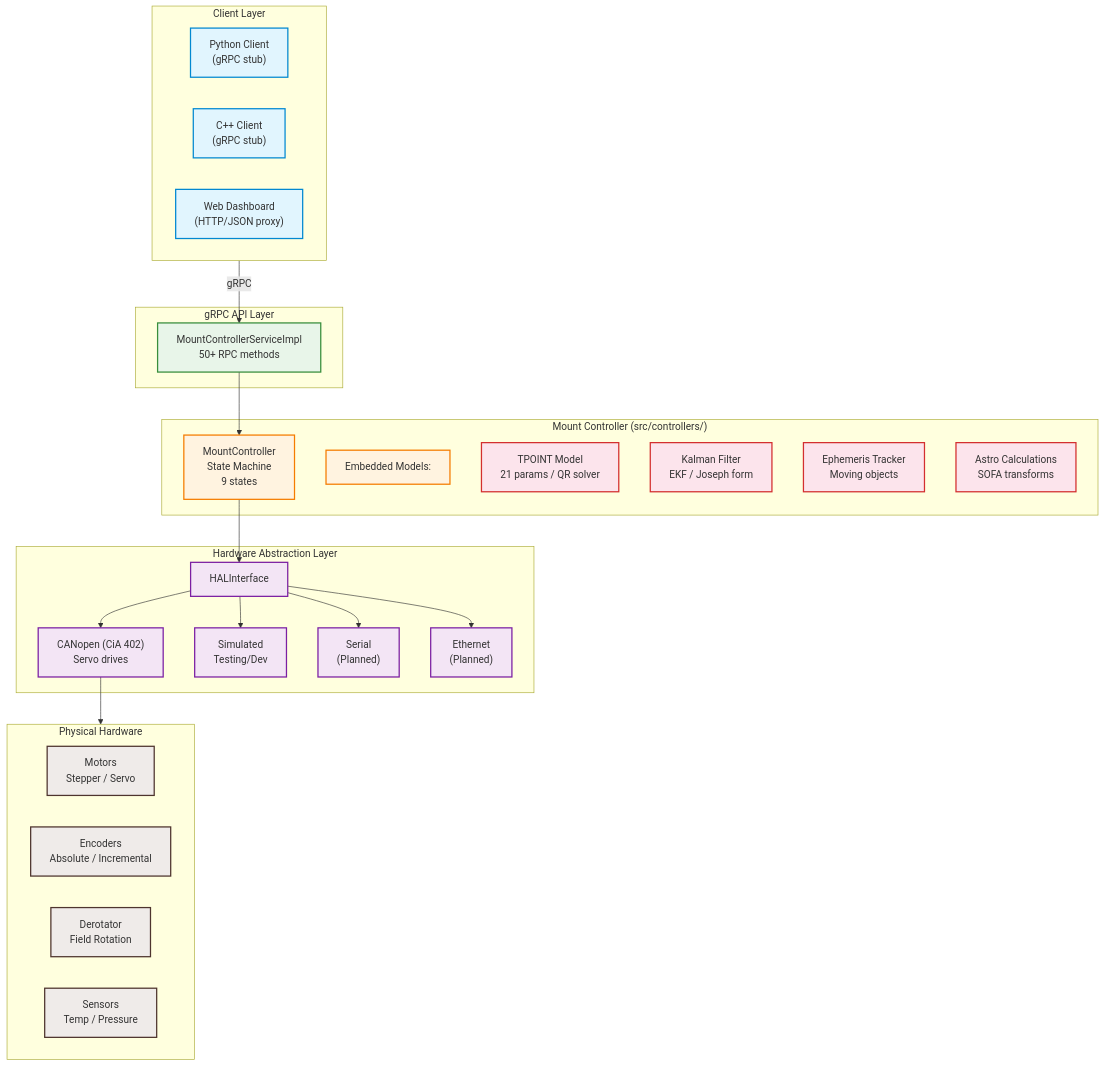
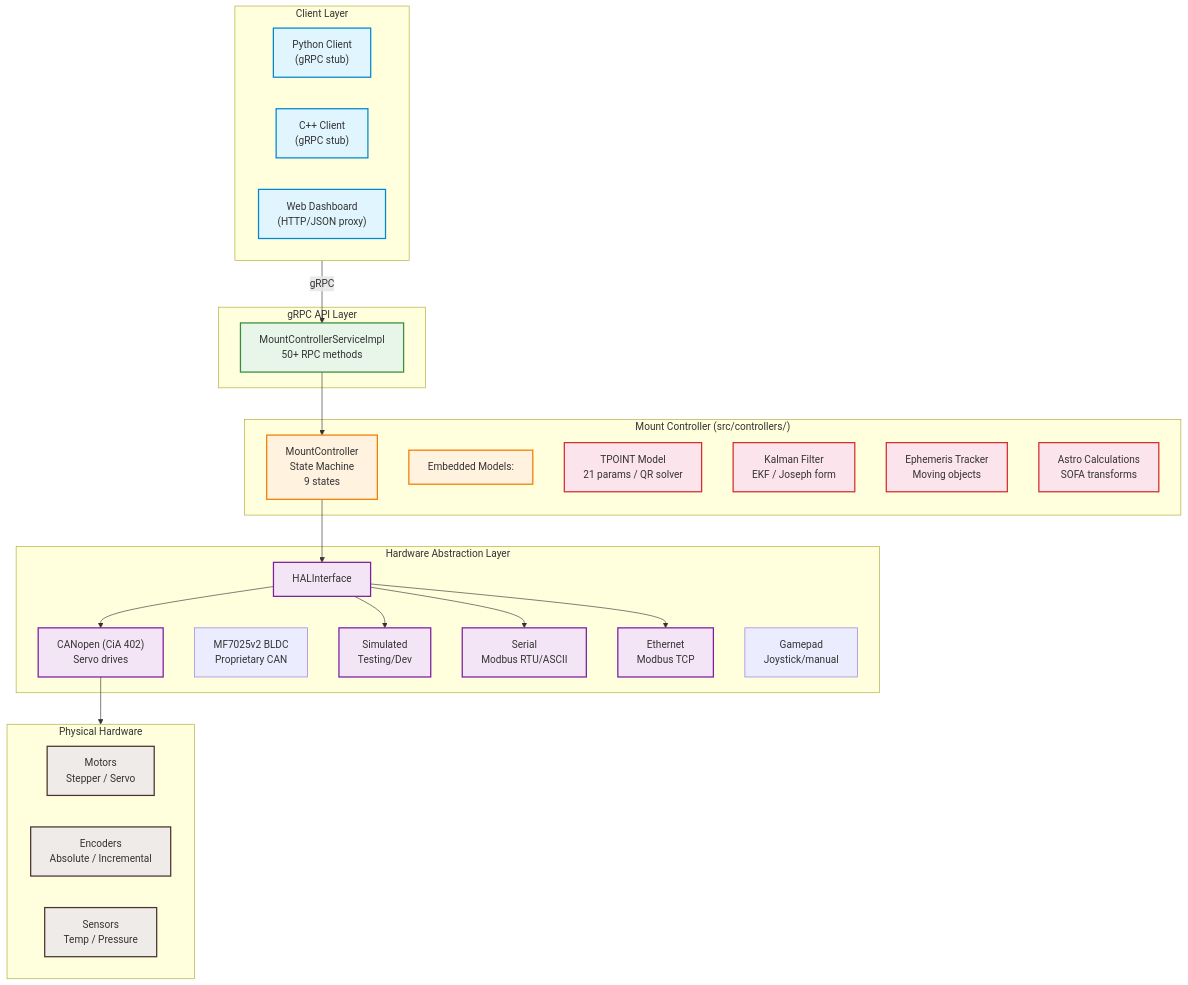
The diagram in README.md (pielaszkiewicz-jacek/astro_mount_control), drawn with Mermaid before and after one commit. The commit also changed other lines of this file and 94 other files, not shown here.

````diff
--- a/README.md
+++ b/README.md
@@ -131,60 +138,61 @@
 ```mermaid
 flowchart TB
     %% Styles
     classDef client fill:#e1f5fe,stroke:#0288d1,stroke-width:2px
     classDef api fill:#e8f5e9,stroke:#388e3c,stroke-width:2px
     classDef core fill:#fff3e0,stroke:#f57c00,stroke-width:2px
     classDef model fill:#fce4ec,stroke:#d32f2f,stroke-width:2px
     classDef hal fill:#f3e5f5,stroke:#7b1fa2,stroke-width:2px
     classDef hw fill:#efebe9,stroke:#4e342e,stroke-width:2px
 
     subgraph CLIENTS["Client Layer"]
         PY["Python Client<br/>(gRPC stub)"]
         CPP["C++ Client<br/>(gRPC stub)"]
         WEB["Web Dashboard<br/>(HTTP/JSON proxy)"]
     end
 
     subgraph API["gRPC API Layer"]
         GRPC["MountControllerServiceImpl<br/>50+ RPC methods"]
     end
 
     subgraph CORE["Mount Controller (src/controllers/)"]
         MC["MountController<br/>State Machine<br/>9 states"]
         MODELS["Embedded Models:"]
         TPOINT["TPOINT Model<br/>21 params / QR solver"]
         KF["Kalman Filter<br/>EKF / Joseph form"]
         EPHEM["Ephemeris Tracker<br/>Moving objects"]
         ASTRO["Astro Calculations<br/>SOFA transforms"]
     end
 
     subgraph HAL["Hardware Abstraction Layer"]
         HAL_IF["HALInterface"]
         CAN_IMPL["CANopen (CiA 402)<br/>Servo drives"]
+        MF_IMPL["MF7025v2 BLDC<br/>Proprietary CAN"]
         SIM_IMPL["Simulated<br/>Testing/Dev"]
-        SERIAL_IMPL["Serial<br/>(Planned)"]
-        ETH_IMPL["Ethernet<br/>(Planned)"]
+        SERIAL_IMPL["Serial<br/>Modbus RTU/ASCII"]
+        ETH_IMPL["Ethernet<br/>Modbus TCP"]
+        GAMEPAD["Gamepad<br/>Joystick/manual"]
     end
 
     subgraph HW["Physical Hardware"]
         MOT["Motors<br/>Stepper / Servo"]
         ENC["Encoders<br/>Absolute / Incremental"]
-        DEROT["Derotator<br/>Field Rotation"]
         SENS["Sensors<br/>Temp / Pressure"]
     end
 
     CLIENTS -->|gRPC| GRPC
     GRPC --> MC
     MC --> HAL_IF
     HAL_IF --> CAN_IMPL
     HAL_IF --> SIM_IMPL
     HAL_IF --> SERIAL_IMPL
     HAL_IF --> ETH_IMPL
     CAN_IMPL --> HW
 
     class PY,CPP,WEB client
     class GRPC api
     class MC,MODELS core
     class TPOINT,KF,EPHEM,ASTRO model
     class HAL_IF,CAN_IMPL,SIM_IMPL,SERIAL_IMPL,ETH_IMPL hal
     class MOT,ENC,DEROT,SENS hw
 ```
````
